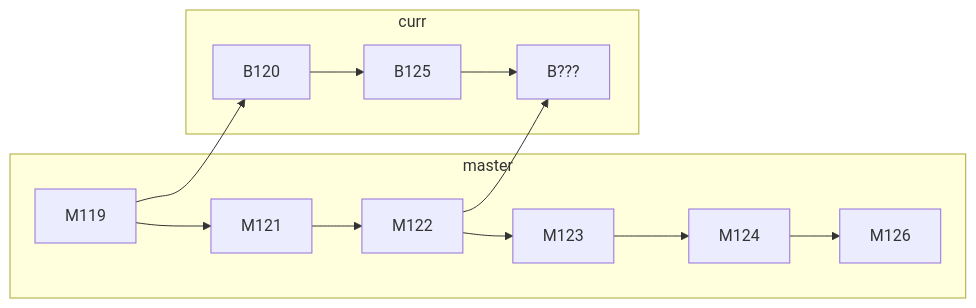
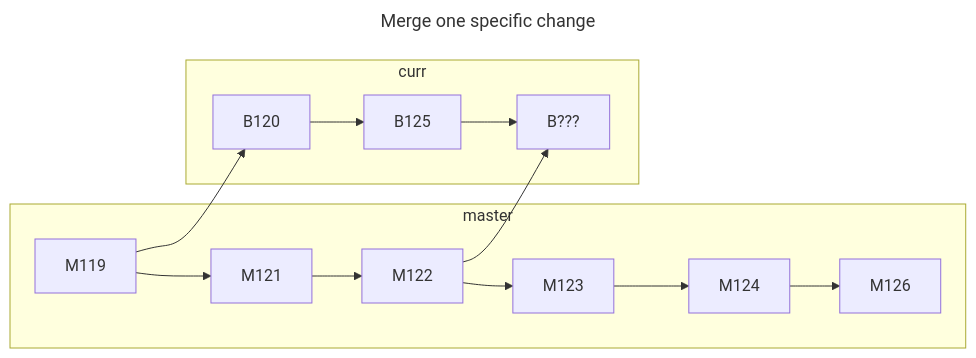
Before and after one commit to lankahsu520/HelperX: the seventh of 12 diagrams in helper_SVNvsGit.md, drawn with Mermaid. The commit also changed other lines of this file, not shown here.

````diff
--- a/helper_SVNvsGit.md
+++ b/helper_SVNvsGit.md
@@ -717,14 +720,17 @@
 ```mermaid
+---
+title: Merge one specific change
+---
 flowchart LR
 
 	subgraph master
 		M119 --> M121--> M122 --> M123 --> M124 --> M126
 	end
 	subgraph curr
 		B120 --> B125 --> B???
 	end
 	M119--> B120
 
 	M122 --> B???
 
 ```
````
